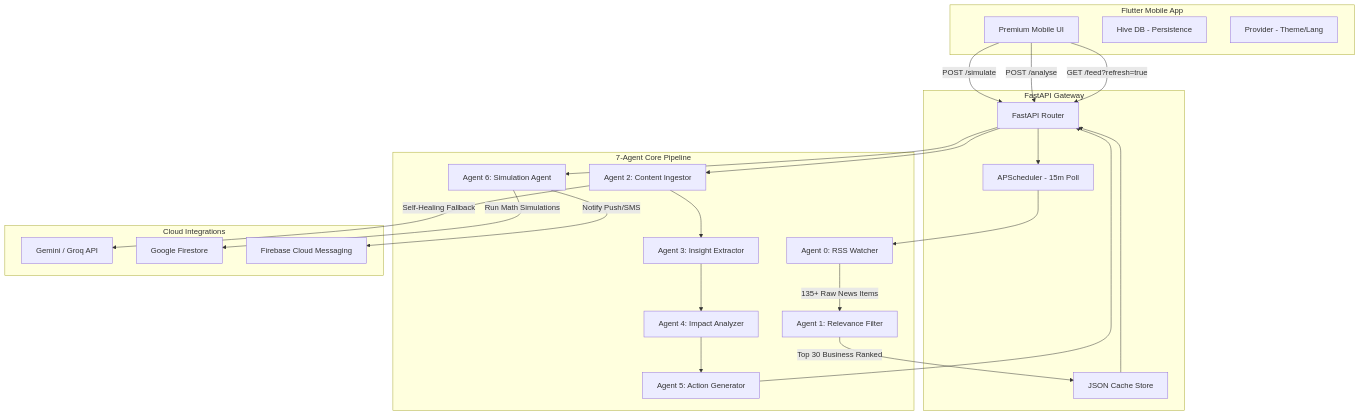
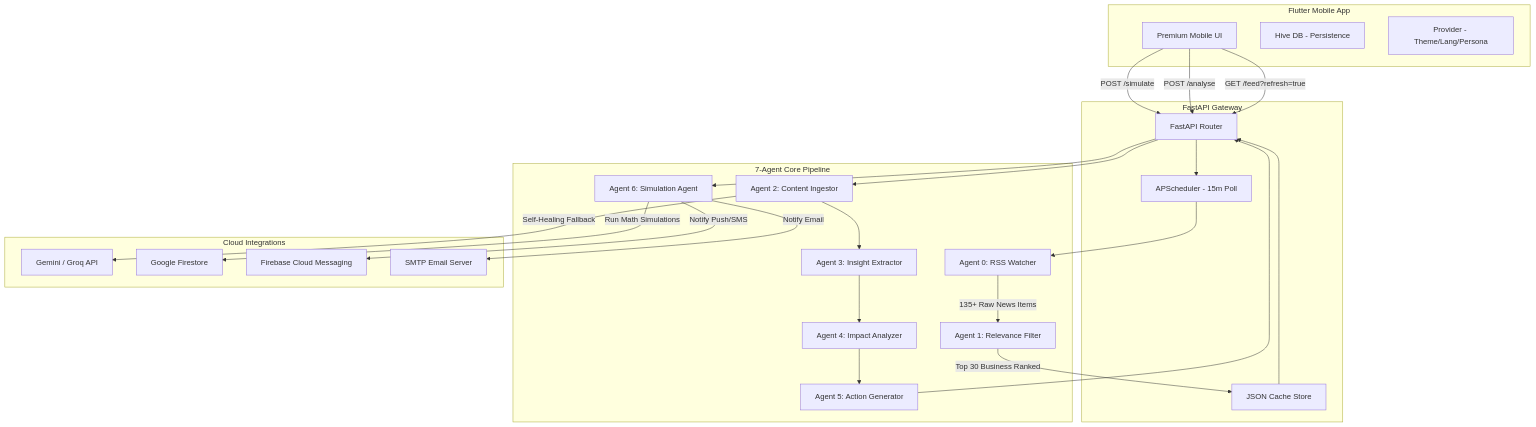
Before and after one commit to hashim013/TadbeerAI: the diagram in README.md, drawn with Mermaid. The commit also changed other lines of this file and 38 other files, not shown here.

Commit message:
feat & docs: initialize app architecture, configure multi-agent backend, and update documentation

````diff
--- a/README.md
+++ b/README.md
@@ -13,56 +13,58 @@
 ```mermaid
 graph TD
     %% Frontend Layer
     subgraph Flutter Mobile App
         UI[Premium Mobile UI]
         Hive[Hive DB - Persistence]
-        Prov[Provider - Theme/Lang]
+        Prov[Provider - Theme/Lang/Persona]
     end
 
     %% API Layer
     subgraph FastAPI Gateway
         API[FastAPI Router]
         Sched[APScheduler - 15m Poll]
         Cache[JSON Cache Store]
     end
 
     %% Multi-Agent Layer
     subgraph 7-Agent Core Pipeline
         A0[Agent 0: RSS Watcher]
         A1[Agent 1: Relevance Filter]
         A2[Agent 2: Content Ingestor]
         A3[Agent 3: Insight Extractor]
         A4[Agent 4: Impact Analyzer]
         A5[Agent 5: Action Generator]
         A6[Agent 6: Simulation Agent]
     end
 
     %% External Systems
     subgraph Cloud Integrations
         LLM[Gemini / Groq API]
         FStore[Google Firestore]
         FCM[Firebase Cloud Messaging]
+        SMTP[SMTP Email Server]
     end
 
     %% Visual Connections
     UI -->|GET /feed?refresh=true| API
     UI -->|POST /analyse| API
     UI -->|POST /simulate| API
     
     API --> Sched
     Sched --> A0
     A0 -->|135+ Raw News Items| A1
     A1 -->|Top 30 Business Ranked| Cache
     Cache --> API
     
     API --> A2
     A2 -->|Self-Healing Fallback| LLM
     A2 --> A3
     A3 --> A4
     A4 --> A5
     A5 --> API
     
     API --> A6
     A6 -->|Run Math Simulations| FStore
     A6 -->|Notify Push/SMS| FCM
+    A6 -->|Notify Email| SMTP
 ```
````
